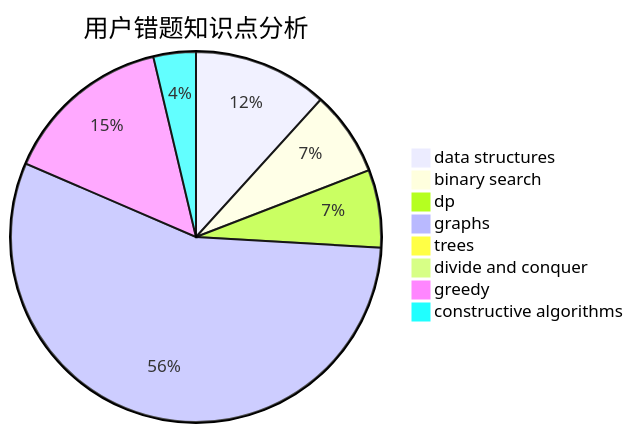
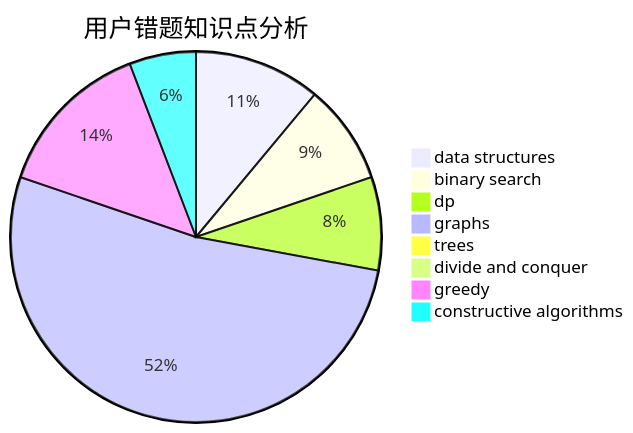
The third of 3 diagrams in docs/user/u1977.md (sherpahu/cfrs.github.io), drawn with Mermaid before and after one commit. The commit also changed other lines of this file and 2770 other files, not shown here.

````diff
--- a/docs/user/u1977.md
+++ b/docs/user/u1977.md
@@ -36,11 +36,11 @@
 ```mermaid
 pie title 用户错题知识点分析
     "data structures" :  19
-    "binary search" :  12
-    "dp" :  11
+    "binary search" :  15
+    "dp" :  14
     "graphs" :  90
     "trees" :  0
     "divide and conquer" :  0
     "greedy" :  24
-    "constructive algorithms" :  6
+    "constructive algorithms" :  10
 ```
````
